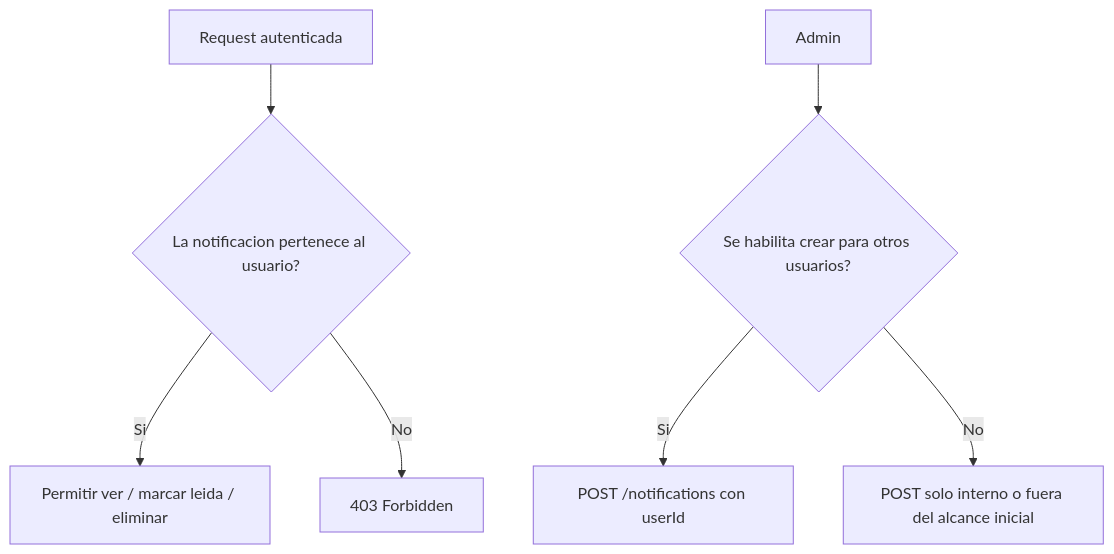
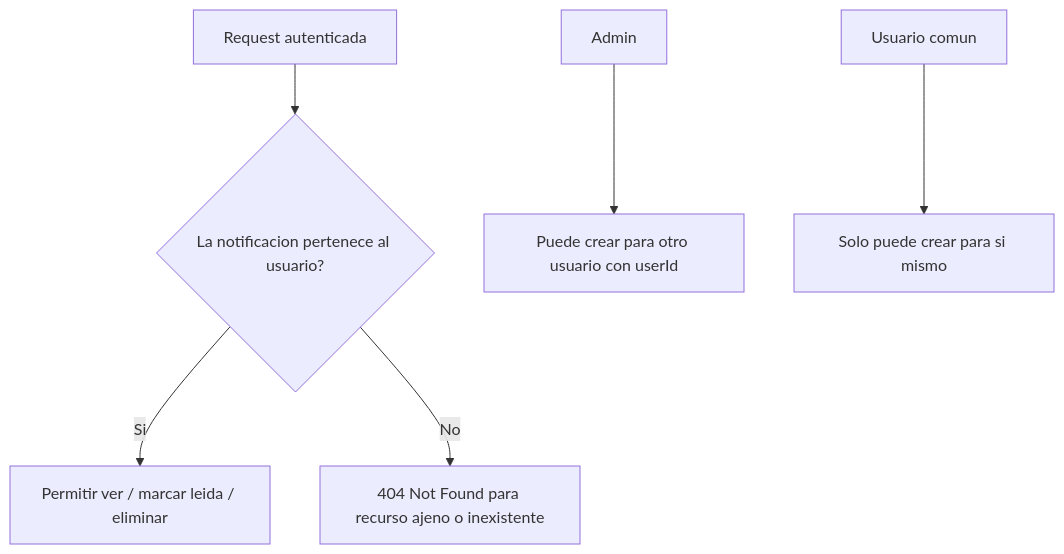
The third of 7 diagrams in docs/notifications-crud-flow.md (realstatesoft/backend), drawn with Mermaid before and after one commit. The commit also changed other lines of this file and 2 other files, not shown here.

````diff
--- a/docs/notifications-crud-flow.md
+++ b/docs/notifications-crud-flow.md
@@ -53,9 +67,8 @@
 ```mermaid
 flowchart TD
     A["Request autenticada"] --> B{"La notificacion pertenece al usuario?"}
     B -- "Si" --> C["Permitir ver / marcar leida / eliminar"]
-    B -- "No" --> D["403 Forbidden"]
-    E["Admin"] --> F{"Se habilita crear para otros usuarios?"}
-    F -- "Si" --> G["POST /notifications con userId"]
-    F -- "No" --> H["POST solo interno o fuera del alcance inicial"]
+    B -- "No" --> D["404 Not Found para recurso ajeno o inexistente"]
+    E["Admin"] --> F["Puede crear para otro usuario con userId"]
+    G["Usuario comun"] --> H["Solo puede crear para si mismo"]
 ```
````
